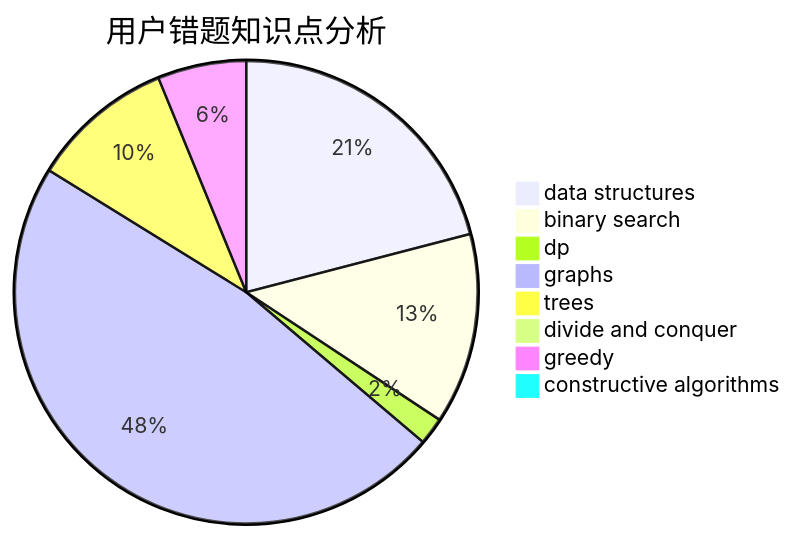
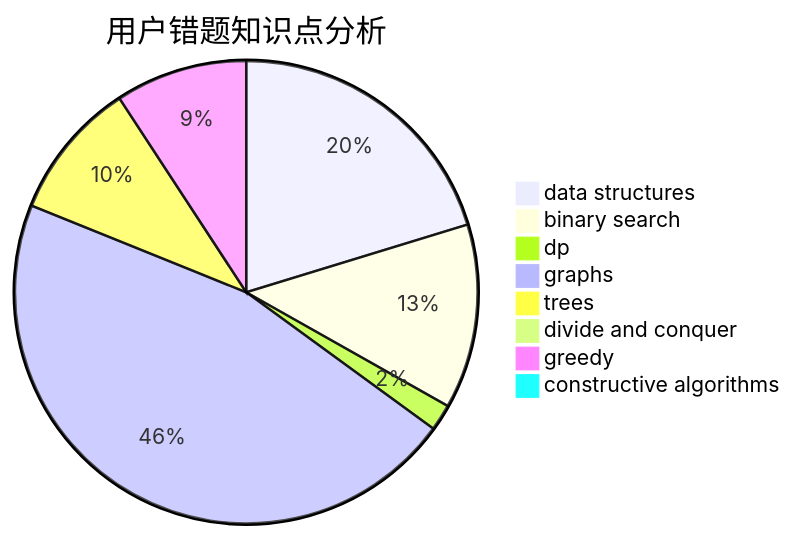
One commit to sherpahu/cfrs.github.io changed the third of 3 diagrams in docs/user/u2200.md. Above: the diagram before and after it, drawn with Mermaid. The commit also changed other lines of this file and 2770 other files, not shown here.

````diff
--- a/docs/user/u2200.md
+++ b/docs/user/u2200.md
@@ -36,11 +36,11 @@
 ```mermaid
 pie title 用户错题知识点分析
     "data structures" :  44
     "binary search" :  28
     "dp" :  4
     "graphs" :  100
     "trees" :  21
     "divide and conquer" :  0
-    "greedy" :  13
+    "greedy" :  20
     "constructive algorithms" :  0
 ```
````
